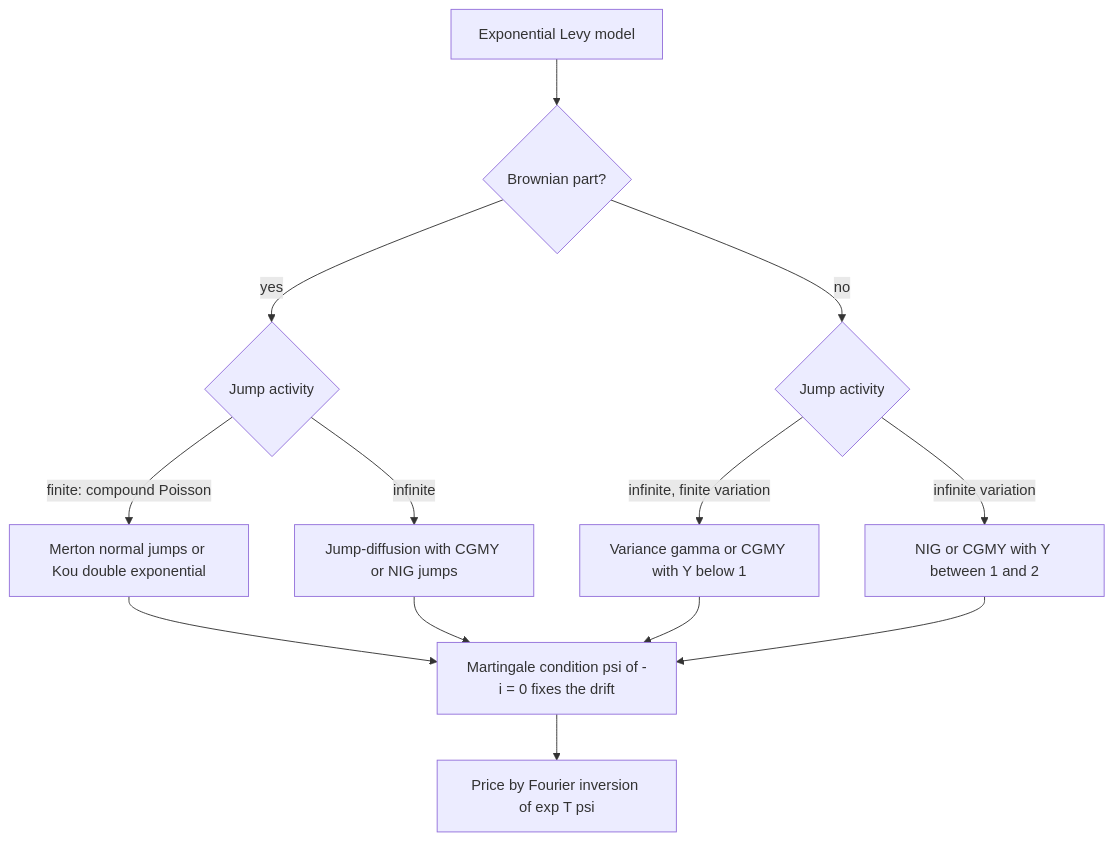
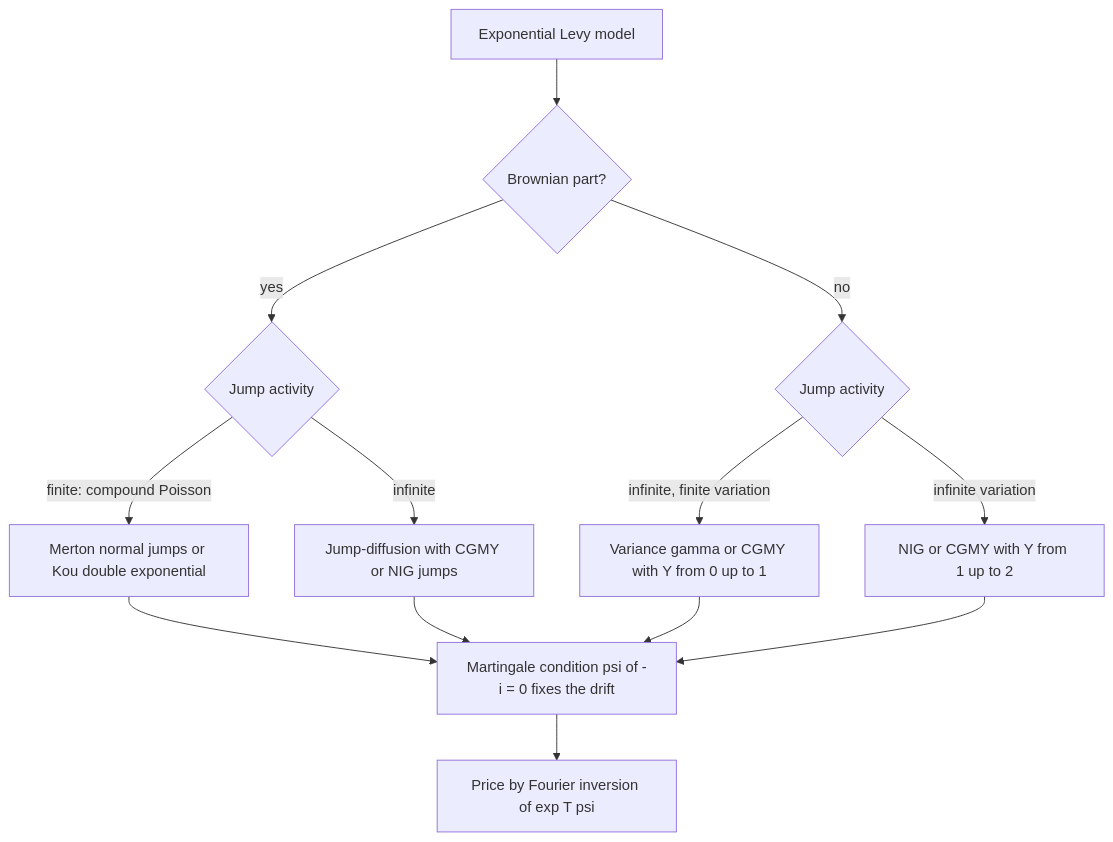
One commit to shreejitverma/The-Quant-Prep changed the diagram in 04-Stochastic-Calculus/08-Jump-Processes-and-Levy-Models.md. Above: the diagram before and after it, drawn with Mermaid. The commit also changed other lines of this file and 10 other files, not shown here.

````diff
--- a/04-Stochastic-Calculus/08-Jump-Processes-and-Levy-Models.md
+++ b/04-Stochastic-Calculus/08-Jump-Processes-and-Levy-Models.md
@@ -103,15 +103,15 @@
 ```mermaid
 flowchart TD
     A[Exponential Levy model] --> B{Brownian part?}
     B -->|yes| C{Jump activity}
     B -->|no| D{Jump activity}
     C -->|finite: compound Poisson| E[Merton normal jumps or Kou double exponential]
     C -->|infinite| F[Jump-diffusion with CGMY or NIG jumps]
-    D -->|infinite, finite variation| G[Variance gamma or CGMY with Y below 1]
-    D -->|infinite variation| H[NIG or CGMY with Y between 1 and 2]
+    D -->|infinite, finite variation| G[Variance gamma or CGMY with Y from 0 up to 1]
+    D -->|infinite variation| H[NIG or CGMY with Y from 1 up to 2]
     E --> I[Martingale condition psi of -i = 0 fixes the drift]
     F --> I
     G --> I
     H --> I
     I --> J[Price by Fourier inversion of exp T psi]
 ```
````
